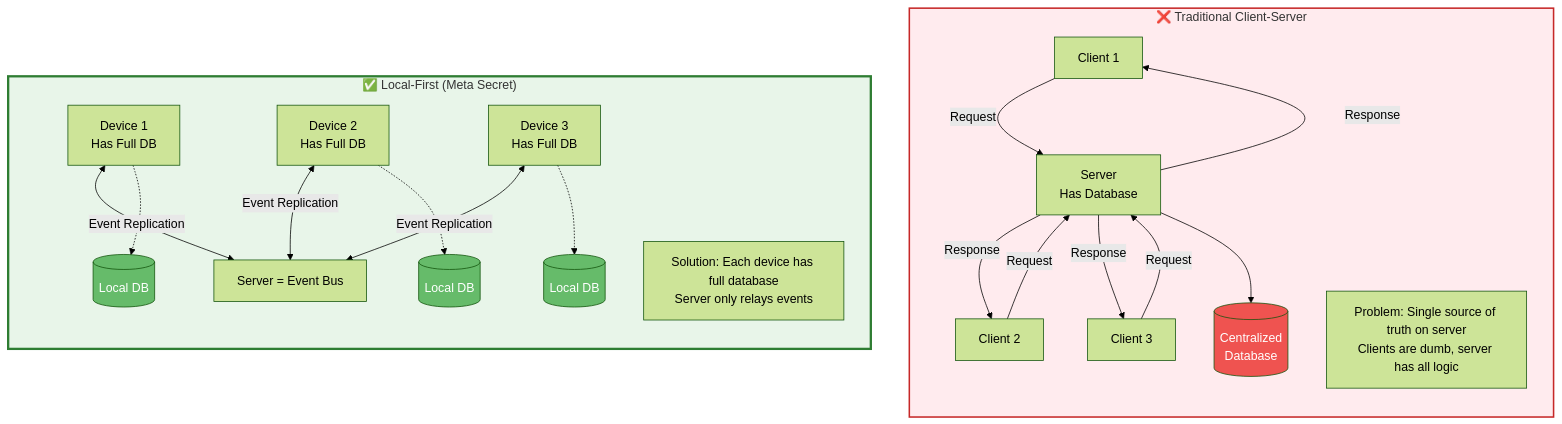
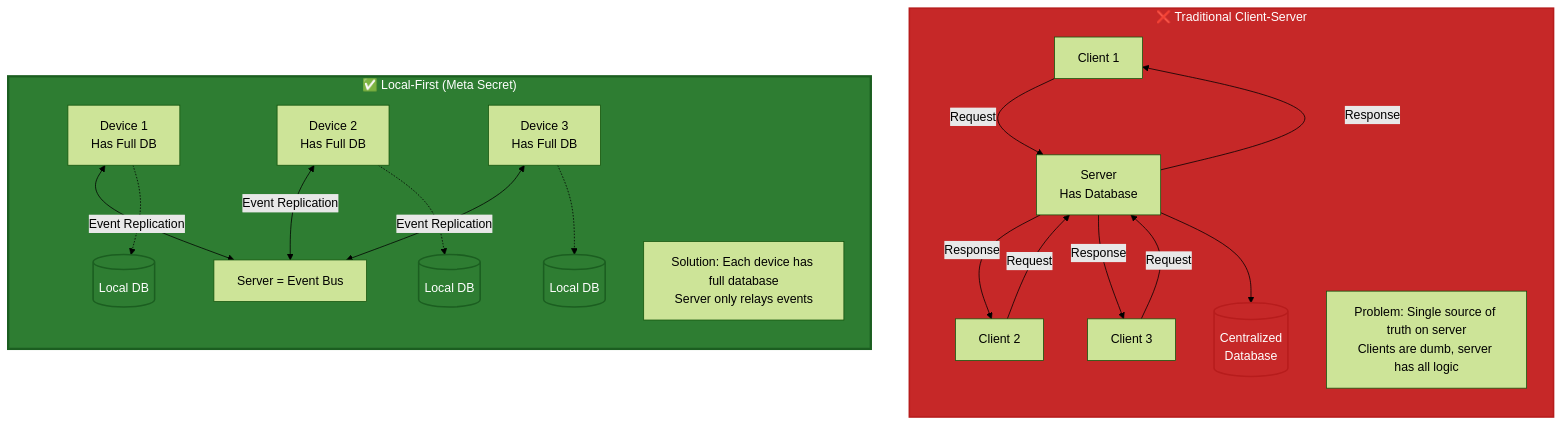
One commit to meta-secret/meta-secret-core changed the eighth of 9 diagrams in docs/meta-secret-technical-presentation.md. Above: the diagram before and after it, drawn with Mermaid (forest theme). The commit also changed other lines of this file, not shown here.

````diff
--- a/docs/meta-secret-technical-presentation.md
+++ b/docs/meta-secret-technical-presentation.md
@@ -561,36 +561,36 @@
 ```mermaid
 flowchart TB
     subgraph TRAD["❌ Traditional Client-Server"]
         direction TB
         C1[Client 1] -->|Request| SRV[Server<br/>Has Database]
         C2[Client 2] -->|Request| SRV
         C3[Client 3] -->|Request| SRV
         SRV -->|Response| C1
         SRV -->|Response| C2
         SRV -->|Response| C3
         
         SRV --> DB[(Centralized<br/>Database)]
         
         NOTE1[Problem: Single source of truth on server<br/>Clients are dumb, server has all logic]
     end
     
     subgraph LOCAL["✅ Local-First (Meta Secret)"]
         direction TB
         D1[Device 1<br/>Has Full DB] <-->|Event Replication| BUS[Server = Event Bus]
         D2[Device 2<br/>Has Full DB] <-->|Event Replication| BUS
         D3[Device 3<br/>Has Full DB] <-->|Event Replication| BUS
         
         D1 -.-> L1[(Local DB)]
         D2 -.-> L2[(Local DB)]
         D3 -.-> L3[(Local DB)]
         
         NOTE2[Solution: Each device has full database<br/>Server only relays events]
     end
     
-    style TRAD fill:#ffebee,stroke:#c62828,stroke-width:2px
-    style LOCAL fill:#e8f5e9,stroke:#2e7d32,stroke-width:3px
-    style DB fill:#ef5350,color:#fff
-    style L1 fill:#66bb6a,color:#fff
-    style L2 fill:#66bb6a,color:#fff
-    style L3 fill:#66bb6a,color:#fff
+    style TRAD fill:#c62828,color:#fff,stroke:#b71c1c,stroke-width:2px
+    style LOCAL fill:#2e7d32,color:#fff,stroke:#1b5e20,stroke-width:3px
+    style DB fill:#c62828,color:#fff,stroke:#b71c1c,stroke-width:2px
+    style L1 fill:#2e7d32,color:#fff,stroke:#1b5e20,stroke-width:2px
+    style L2 fill:#2e7d32,color:#fff,stroke:#1b5e20,stroke-width:2px
+    style L3 fill:#2e7d32,color:#fff,stroke:#1b5e20,stroke-width:2px
 ```
````
